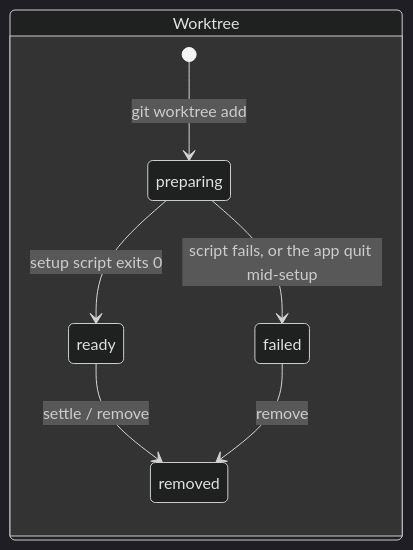
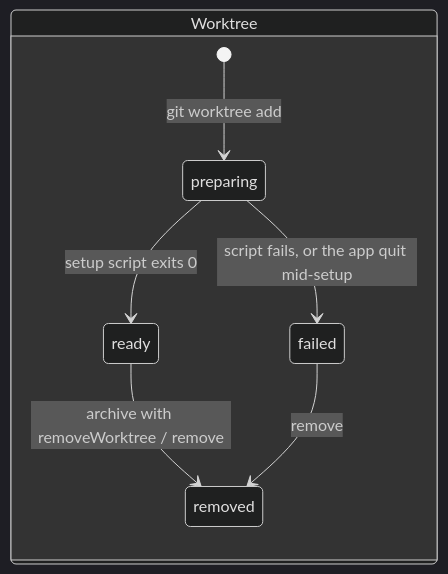
One commit to hinadev-ai/hinacode changed diagram 12 of 15 in docs/arch.md. Above: the diagram before and after it, drawn with Mermaid (dark theme). The commit also changed other lines of this file and 44 other files, not shown here.

````diff
--- a/docs/arch.md
+++ b/docs/arch.md
@@ -346,11 +347,11 @@
 ```mermaid
 stateDiagram-v2
   direction LR
   state "Worktree" as W {
     [*] --> preparing: git worktree add
     preparing --> ready: setup script exits 0
     preparing --> failed: script fails, or the app quit mid-setup
-    ready --> removed: settle / remove
+    ready --> removed: archive with removeWorktree / remove
     failed --> removed: remove
   }
 ```
````
